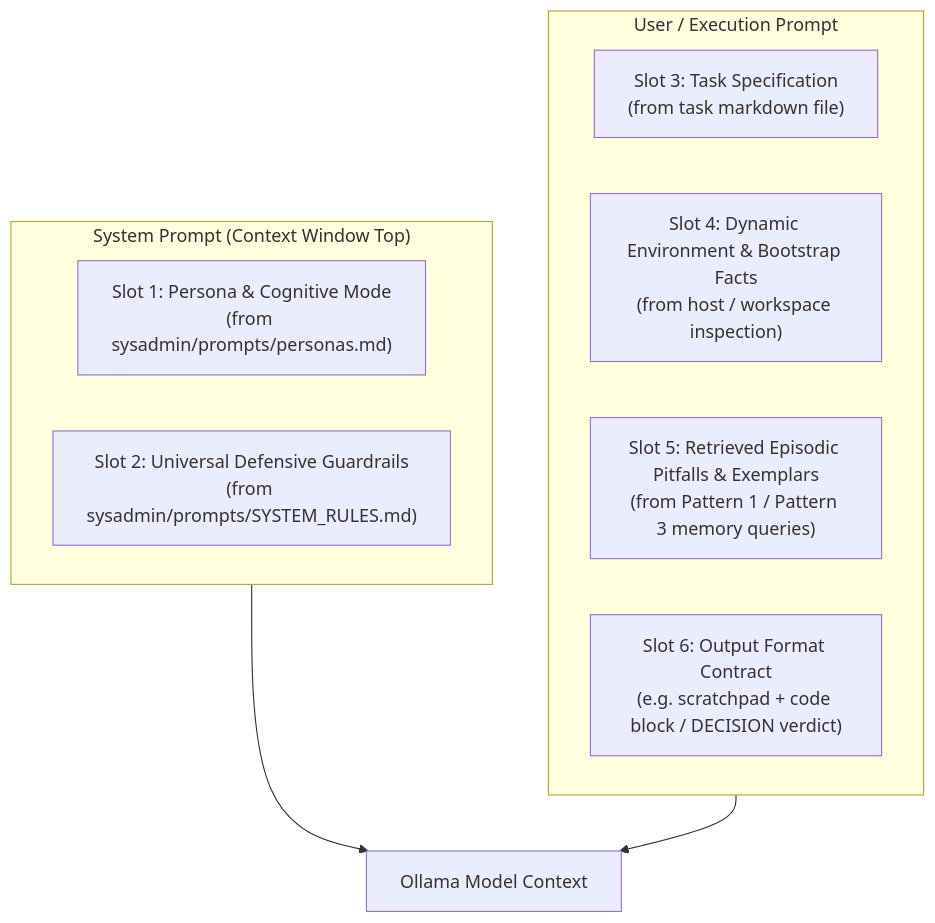
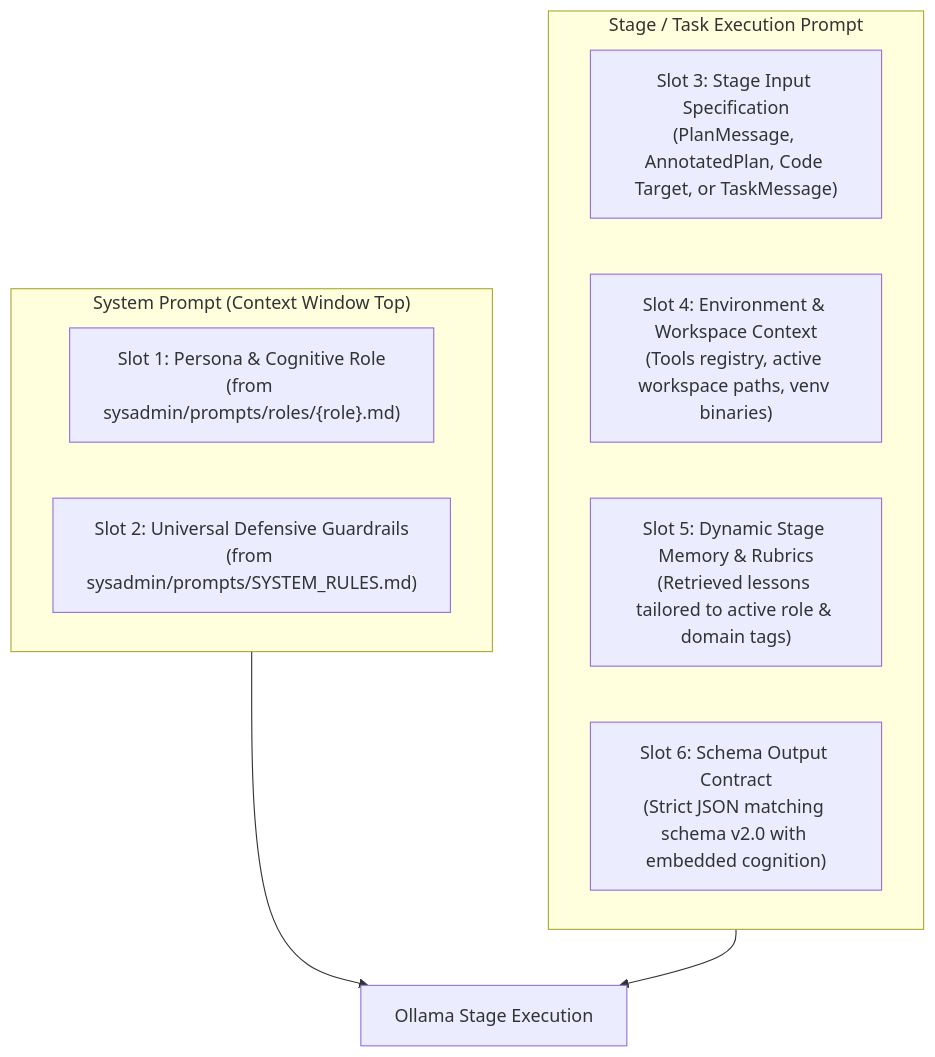
One commit to gpanula/local-ai changed the second of 4 diagrams in ollama_update/prompt_evolution_strategy.md. Above: the diagram before and after it, drawn with Mermaid. The commit also changed other lines of this file and 33 other files, not shown here.

Commit message:
:sparkles: [pipeline]: integrate code gates, memory engine, MCP tools, and verify live pipeline

````diff
--- a/ollama_update/prompt_evolution_strategy.md
+++ b/ollama_update/prompt_evolution_strategy.md
@@ -47,17 +53,17 @@
 ```mermaid
 flowchart TD
     subgraph SystemPrompt ["System Prompt (Context Window Top)"]
-        S1["Slot 1: Persona & Cognitive Mode<br/>(from sysadmin/prompts/personas.md)"]
+        S1["Slot 1: Persona & Cognitive Role<br/>(from sysadmin/prompts/roles/{role}.md)"]
         S2["Slot 2: Universal Defensive Guardrails<br/>(from sysadmin/prompts/SYSTEM_RULES.md)"]
     end
 
-    subgraph UserPrompt ["User / Execution Prompt"]
-        U1["Slot 3: Task Specification<br/>(from task markdown file)"]
-        U2["Slot 4: Dynamic Environment & Bootstrap Facts<br/>(from host / workspace inspection)"]
-        U3["Slot 5: Retrieved Episodic Pitfalls & Exemplars<br/>(from Pattern 1 / Pattern 3 memory queries)"]
-        U4["Slot 6: Output Format Contract<br/>(e.g. scratchpad + code block / DECISION verdict)"]
+    subgraph UserPrompt ["Stage / Task Execution Prompt"]
+        U1["Slot 3: Stage Input Specification<br/>(PlanMessage, AnnotatedPlan, Code Target, or TaskMessage)"]
+        U2["Slot 4: Environment & Workspace Context<br/>(Tools registry, active workspace paths, venv binaries)"]
+        U3["Slot 5: Dynamic Stage Memory & Rubrics<br/>(Retrieved lessons tailored to active role & domain tags)"]
+        U4["Slot 6: Schema Output Contract<br/>(Strict JSON matching schema v2.0 with embedded cognition)"]
     end
 
-    SystemPrompt --> LLM["Ollama Model Context"]
+    SystemPrompt --> LLM["Ollama Stage Execution"]
     UserPrompt --> LLM
 ```
````
